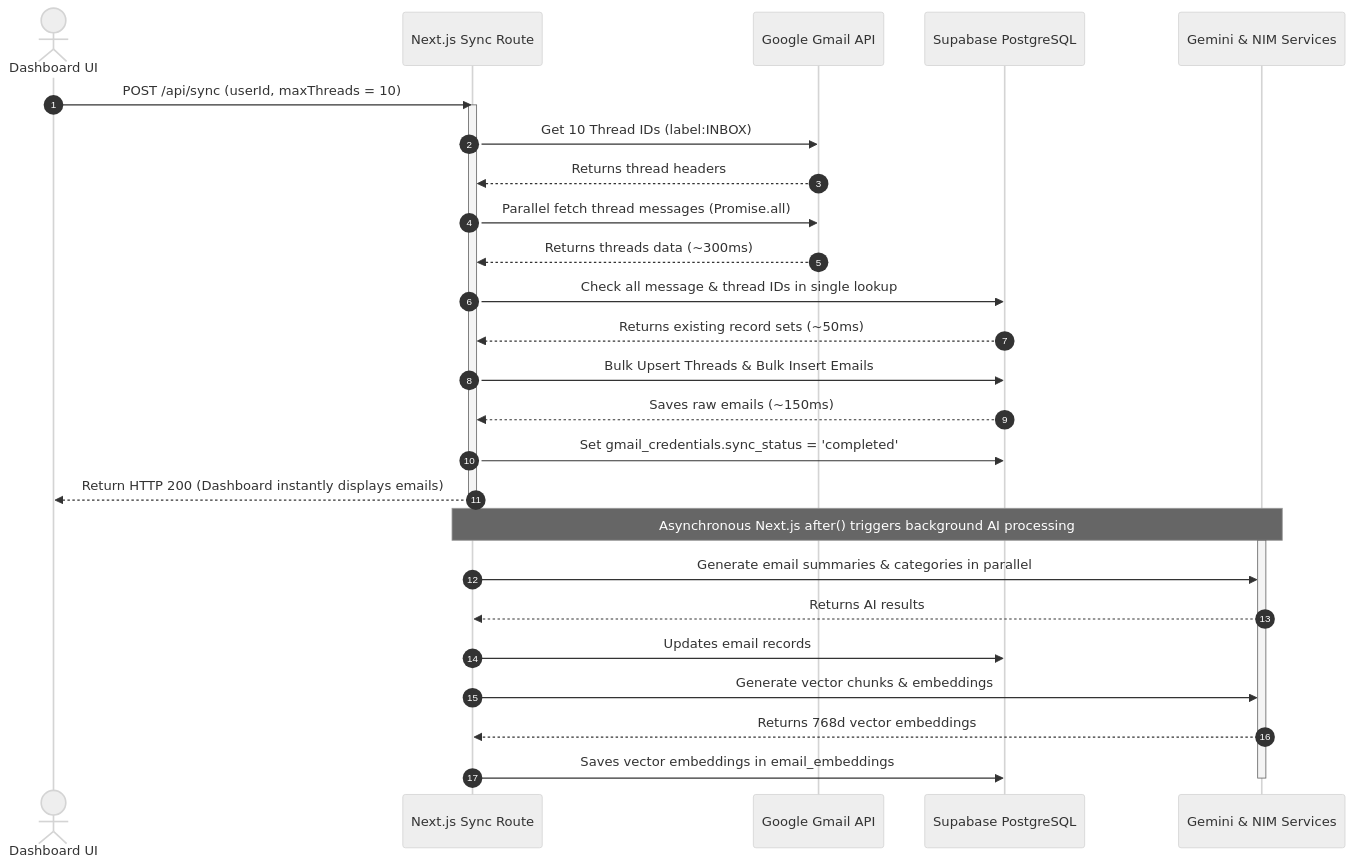
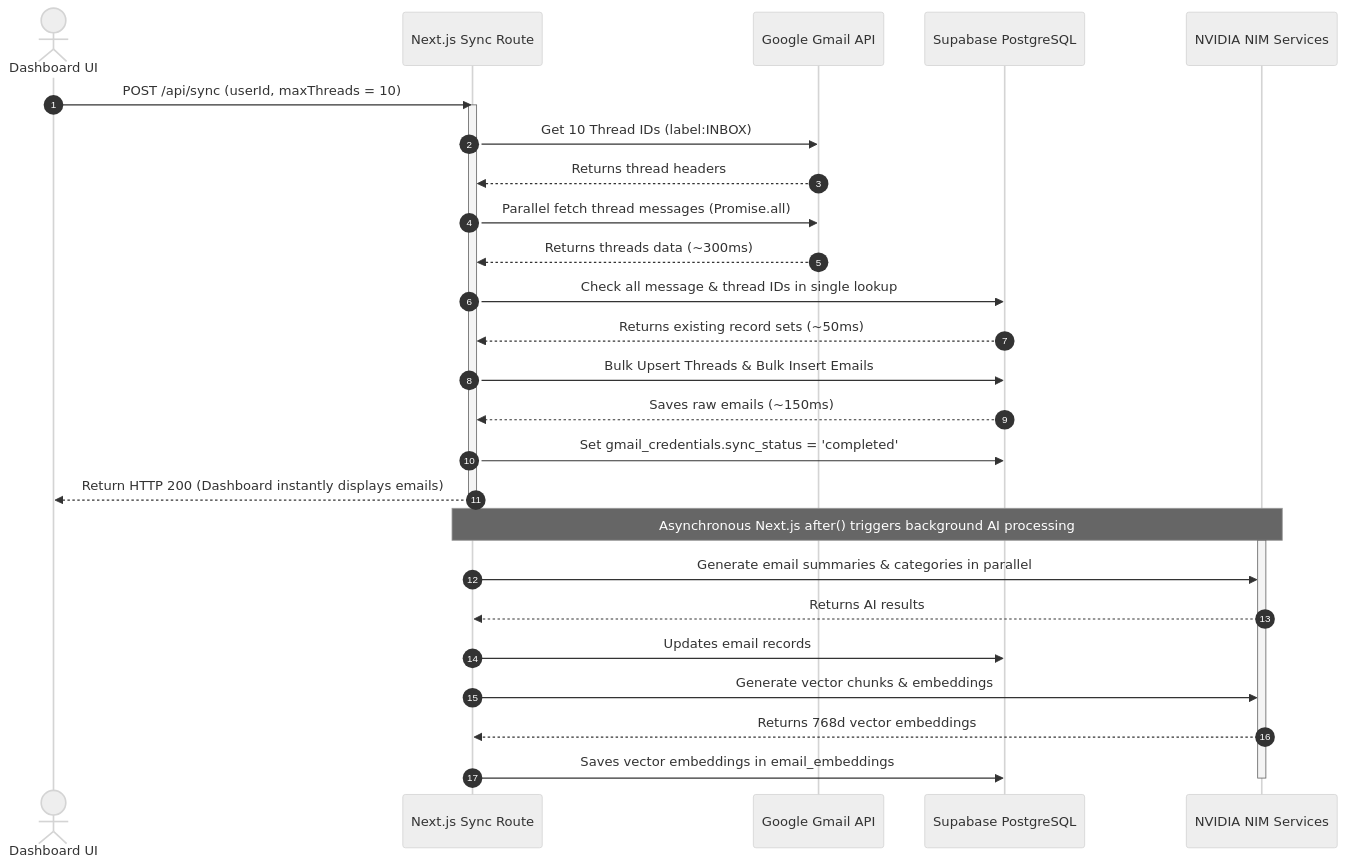
The third of 3 diagrams in Architecture.md (dhanavardhanch/gmailautomaton), drawn with Mermaid (neutral theme) before and after one commit. The commit also changed other lines of this file and 15 other files, not shown here.

Commit message:
Migrate from Gemini to Mistral (NVIDIA NIM) and E5 embeddings

````diff
--- a/Architecture.md
+++ b/Architecture.md
@@ -66,33 +64,33 @@
 ```mermaid
 sequenceDiagram
     autonumber
     actor Client as Dashboard UI
     participant API as Next.js Sync Route
     participant Gmail as Google Gmail API
     participant DB as Supabase PostgreSQL
-    participant AI as Gemini & NIM Services
+    participant AI as NVIDIA NIM Services
 
     Client->>API: POST /api/sync (userId, maxThreads = 10)
     activate API
     API->>Gmail: Get 10 Thread IDs (label:INBOX)
     Gmail-->>API: Returns thread headers
     API->>Gmail: Parallel fetch thread messages (Promise.all)
     Gmail-->>API: Returns threads data (~300ms)
     API->>DB: Check all message & thread IDs in single lookup
     DB-->>API: Returns existing record sets (~50ms)
     API->>DB: Bulk Upsert Threads & Bulk Insert Emails
     DB-->>API: Saves raw emails (~150ms)
     API->>DB: Set gmail_credentials.sync_status = 'completed'
     API-->>Client: Return HTTP 200 (Dashboard instantly displays emails)
     deactivate API
 
     Note over API, AI: Asynchronous Next.js after() triggers background AI processing
     activate AI
     API->>AI: Generate email summaries & categories in parallel
     AI-->>API: Returns AI results
     API->>DB: Updates email records
     API->>AI: Generate vector chunks & embeddings
     AI-->>API: Returns 768d vector embeddings
     API->>DB: Saves vector embeddings in email_embeddings
     deactivate AI
 ```
````
